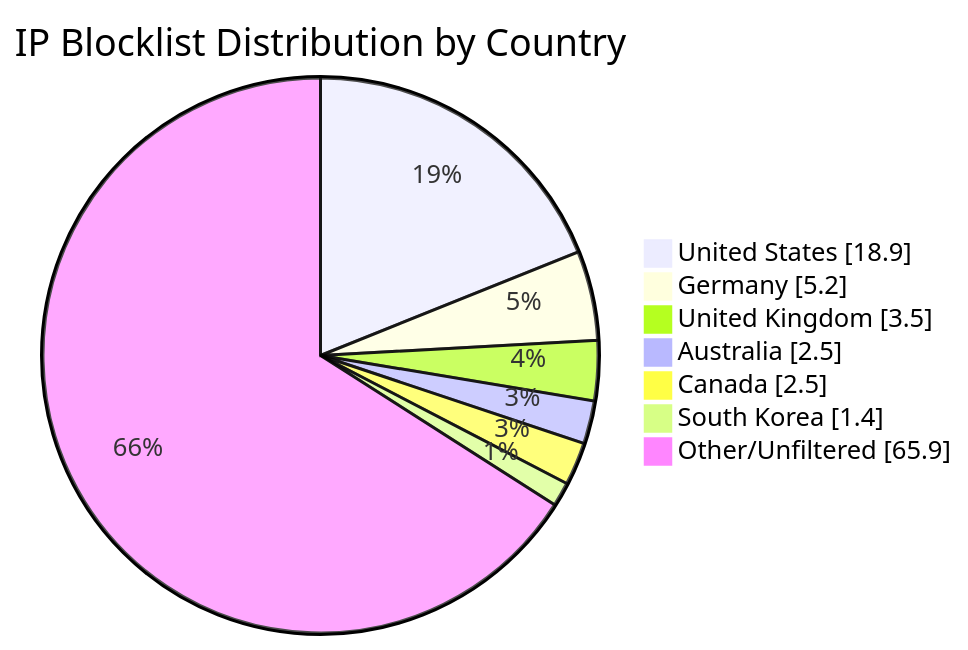
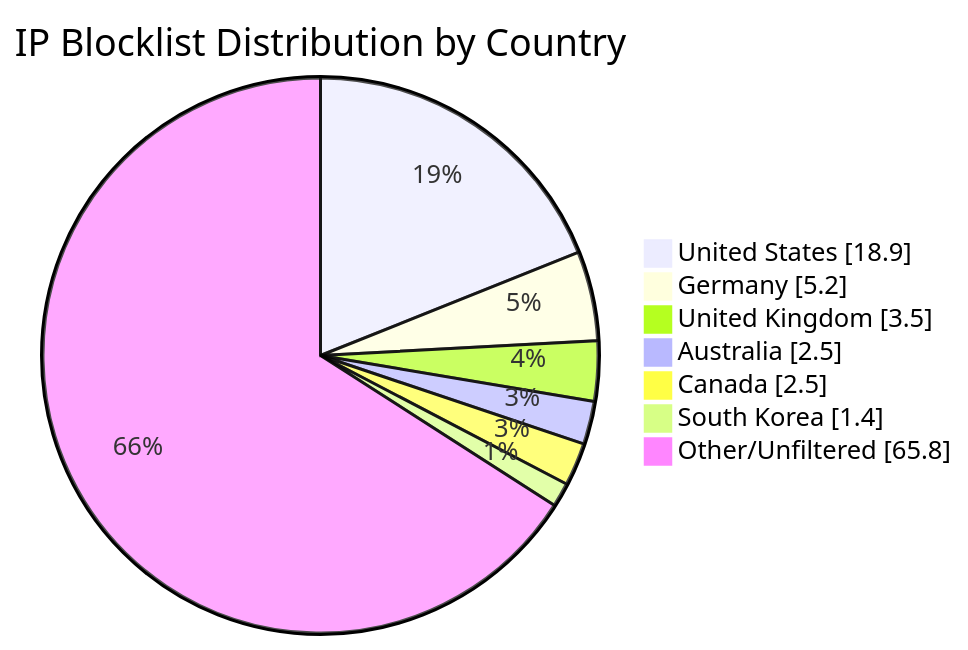
Before and after one commit to MarcusHoltz/ipblocklist-geofiltered-aggregator: the diagram in README.md, drawn with Mermaid. The commit also changed other lines of this file and 9 other files, not shown here.

````diff
--- a/README.md
+++ b/README.md
@@ -34,10 +34,10 @@
 ```mermaid
 pie showData title IP Blocklist Distribution by Country
 "United States" : 18.9
 "Germany" : 5.2
 "United Kingdom" : 3.5
 "Australia" : 2.5
 "Canada" : 2.5
 "South Korea" : 1.4
-"Other/Unfiltered" : 65.9
+"Other/Unfiltered" : 65.8
 ```
````
